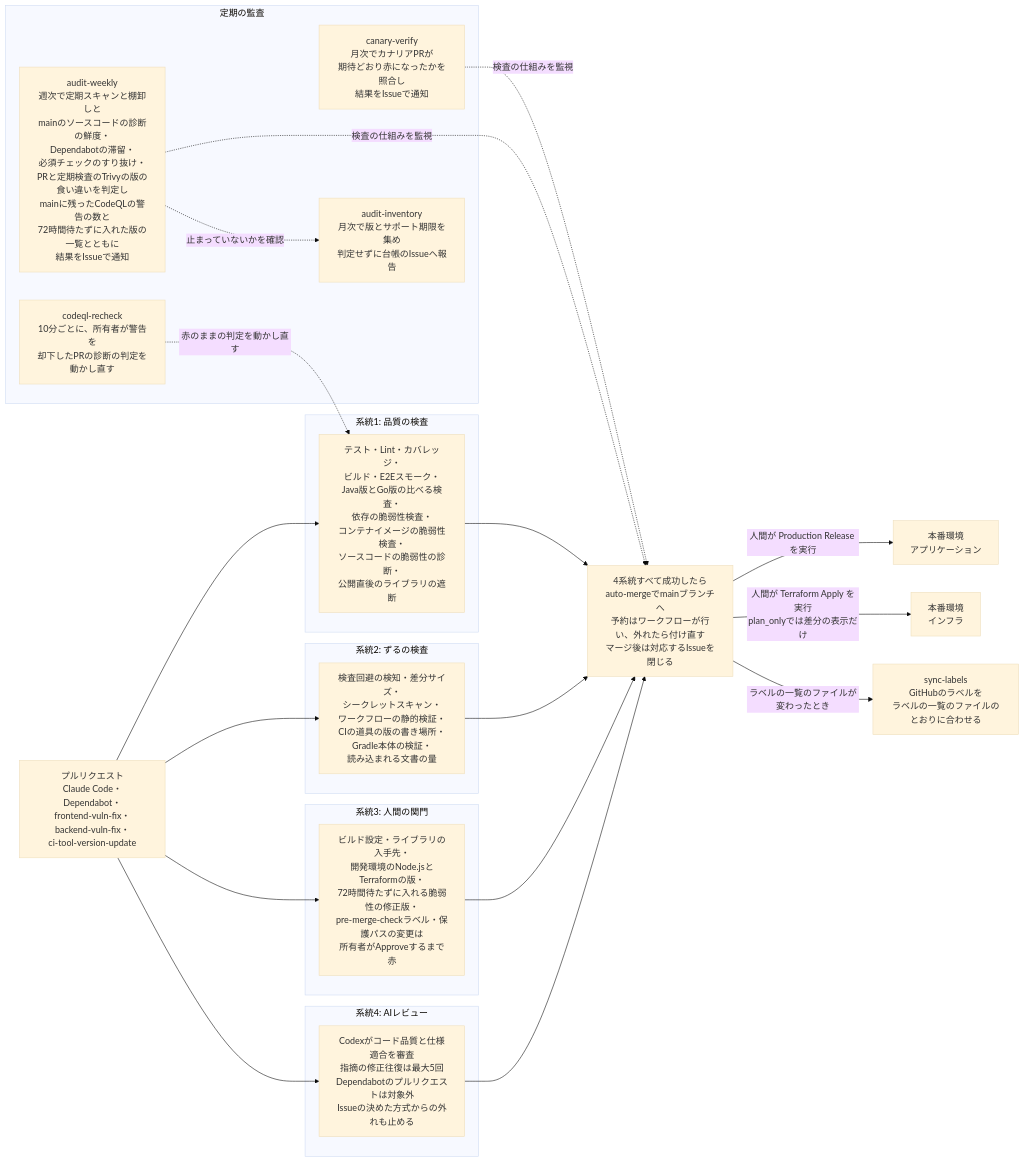
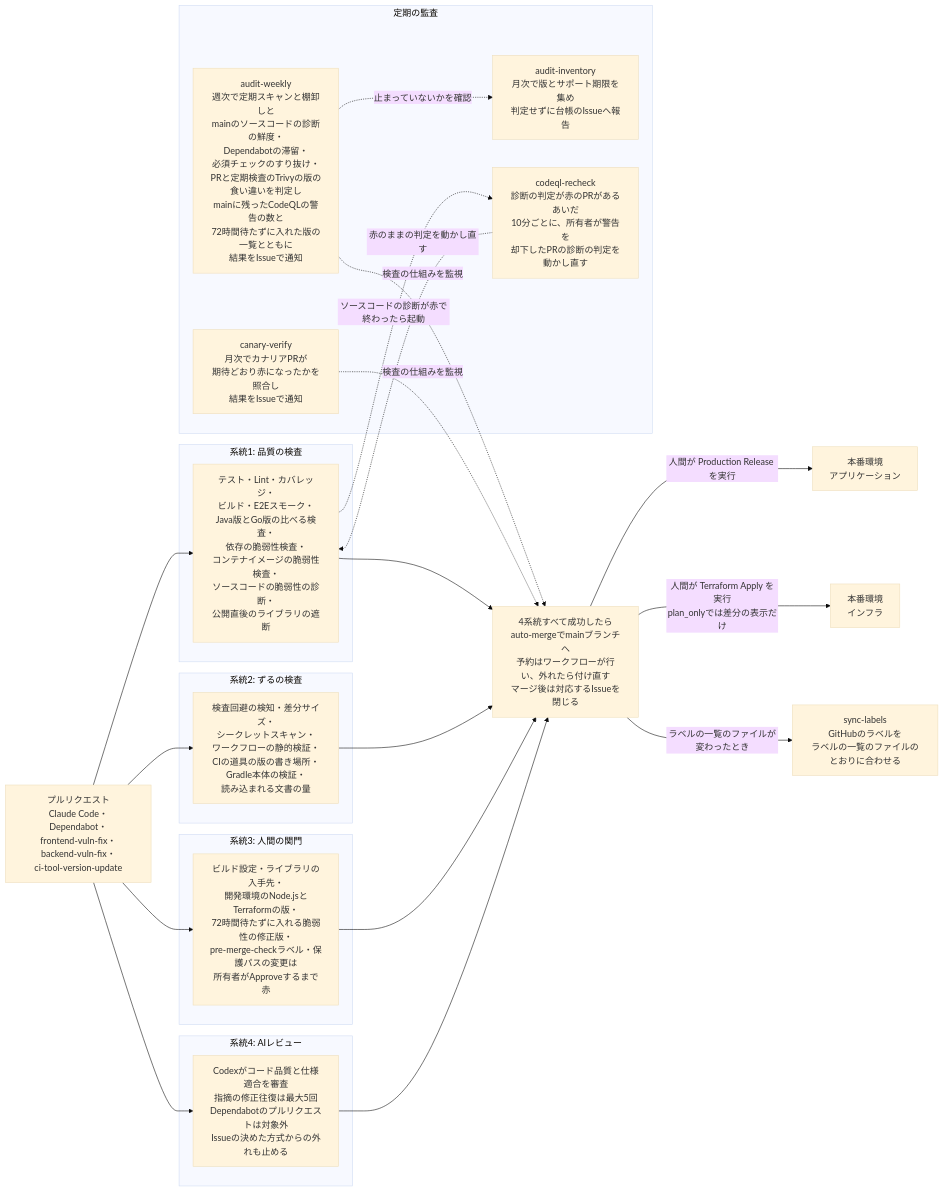
Before and after one commit to DogisRiki/KeirekiPro: the first of 2 diagrams in README.md, drawn with Mermaid (base theme). The commit also changed other lines of this file and 1 other file, not shown here.

Commit message:
fix: CodeQL Recheck を、定期実行を待たずに10分ごとに動くようにする
Changes:
- codeql-recheck.yaml を、CodeQL のワークフローが赤で終わったとき(workflow_run)にも動くようにした
- 実行の最後に、codeql-complete が赤か動いている途中の PR が残っていれば、実行の中で10分待ってから、次の実行を workflow_dispatch で起動するようにした
- 同時に動く実行を1つにする concurrency を、ワークフローからジョブに移した。緑で終わった CodeQL で起動されてジョブを飛ばす実行が、待っている実行を取り消さないようにするため
- 10分ごとの定期実行は、起動を取りこぼしたときの予備として残した
- README のワークフローの一覧と図を、新しい動きに合わせた

Reason:
GitHub の定期実行は混んでいるときに遅れ、このリポジトリでは10分ごとの定期実行が数時間おきにしか動かなかった。
そのため、所有者が CodeQL の警告を却下しても、codeql-complete が数時間赤のまま残り、PR のマージが遅れていた。
ほかのワークフローの終わりでの起動と、GITHUB_TOKEN での workflow_dispatch は、定期実行の混雑では遅れない。

BREAKING CHANGE: N/A
Related: https://docs.github.com/en/actions/reference/workflows-and-actions/events-that-trigger-workflows#schedule
Refs: #783

````diff
--- a/README.md
+++ b/README.md
@@ -53,39 +53,40 @@
 ```mermaid
 flowchart LR
     PR[プルリクエスト<br>Claude Code・Dependabot・<br>frontend-vuln-fix・backend-vuln-fix・<br>ci-tool-version-update]
 
     subgraph s1[系統1: 品質の検査]
         Q[テスト・Lint・カバレッジ・<br>ビルド・E2Eスモーク・<br>Java版とGo版の比べる検査・<br>依存の脆弱性検査・<br>コンテナイメージの脆弱性検査・<br>ソースコードの脆弱性の診断・<br>公開直後のライブラリの遮断]
     end
     subgraph s2[系統2: ずるの検査]
         Z[検査回避の検知・差分サイズ・<br>シークレットスキャン・<br>ワークフローの静的検証・<br>CIの道具の版の書き場所・<br>Gradle本体の検証・<br>読み込まれる文書の量]
     end
     subgraph s3[系統3: 人間の関門]
         H[ビルド設定・ライブラリの入手先・<br>開発環境のNode.jsとTerraformの版・<br>72時間待たずに入れる脆弱性の修正版・<br>pre-merge-checkラベル・保護パスの変更は<br>所有者がApproveするまで赤]
     end
     subgraph s4[系統4: AIレビュー]
         A[Codexがコード品質と仕様適合を審査<br>指摘の修正往復は最大5回<br>Dependabotのプルリクエストは対象外<br>Issueの決めた方式からの外れも止める]
     end
 
     PR --> Q
     PR --> Z
     PR --> H
     PR --> A
 
     Q & Z & H & A --> M[4系統すべて成功したら<br>auto-mergeでmainブランチへ<br>予約はワークフローが行い、外れたら付け直す<br>マージ後は対応するIssueを閉じる]
 
     M -->|人間が Production Release を実行| App[本番環境<br>アプリケーション]
     M -->|人間が Terraform Apply を実行<br>plan_onlyでは差分の表示だけ| Infra[本番環境<br>インフラ]
     M -->|ラベルの一覧のファイルが変わったとき| Labels[sync-labels<br>GitHubのラベルを<br>ラベルの一覧のファイルのとおりに合わせる]
 
     subgraph s5[定期の監査]
         AW[audit-weekly<br>週次で定期スキャンと棚卸しと<br>mainのソースコードの診断の鮮度・<br>Dependabotの滞留・<br>必須チェックのすり抜け・<br>PRと定期検査のTrivyの版の食い違いを判定し<br>mainに残ったCodeQLの警告の数と<br>72時間待たずに入れた版の一覧とともに<br>結果をIssueで通知]
         CV[canary-verify<br>月次でカナリアPRが<br>期待どおり赤になったかを照合し<br>結果をIssueで通知]
         AI[audit-inventory<br>月次で版とサポート期限を集め<br>判定せずに台帳のIssueへ報告]
-        CR[codeql-recheck<br>10分ごとに、所有者が警告を<br>却下したPRの診断の判定を<br>動かし直す]
+        CR[codeql-recheck<br>診断の判定が赤のPRがあるあいだ<br>10分ごとに、所有者が警告を<br>却下したPRの診断の判定を<br>動かし直す]
     end
 
     AW & CV -.検査の仕組みを監視.-> M
     AW -.止まっていないかを確認.-> AI
+    Q -.ソースコードの診断が赤で終わったら起動.-> CR
     CR -.赤のままの判定を動かし直す.-> Q
 ```
````
